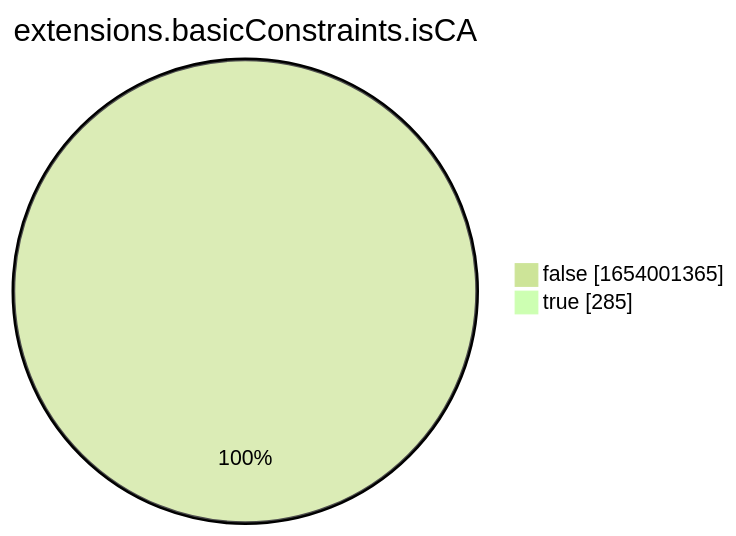
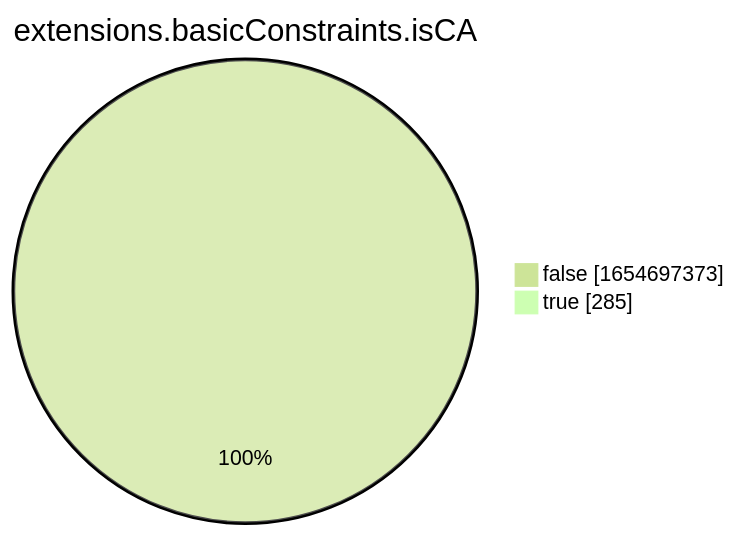
Before and after one commit to christiankrug/ctmonitor_visualization: the eighth of 15 diagrams in xenon2022/README.md, drawn with Mermaid (forest theme). The commit also changed other lines of this file, not shown here.

````diff
--- a/xenon2022/README.md
+++ b/xenon2022/README.md
@@ -2864,6 +2864,6 @@
 ```mermaid
 pie showData
 title extensions.basicConstraints.isCA
-"false" :1654001365
+"false" :1654697373
 "true" :285
 ```
````
